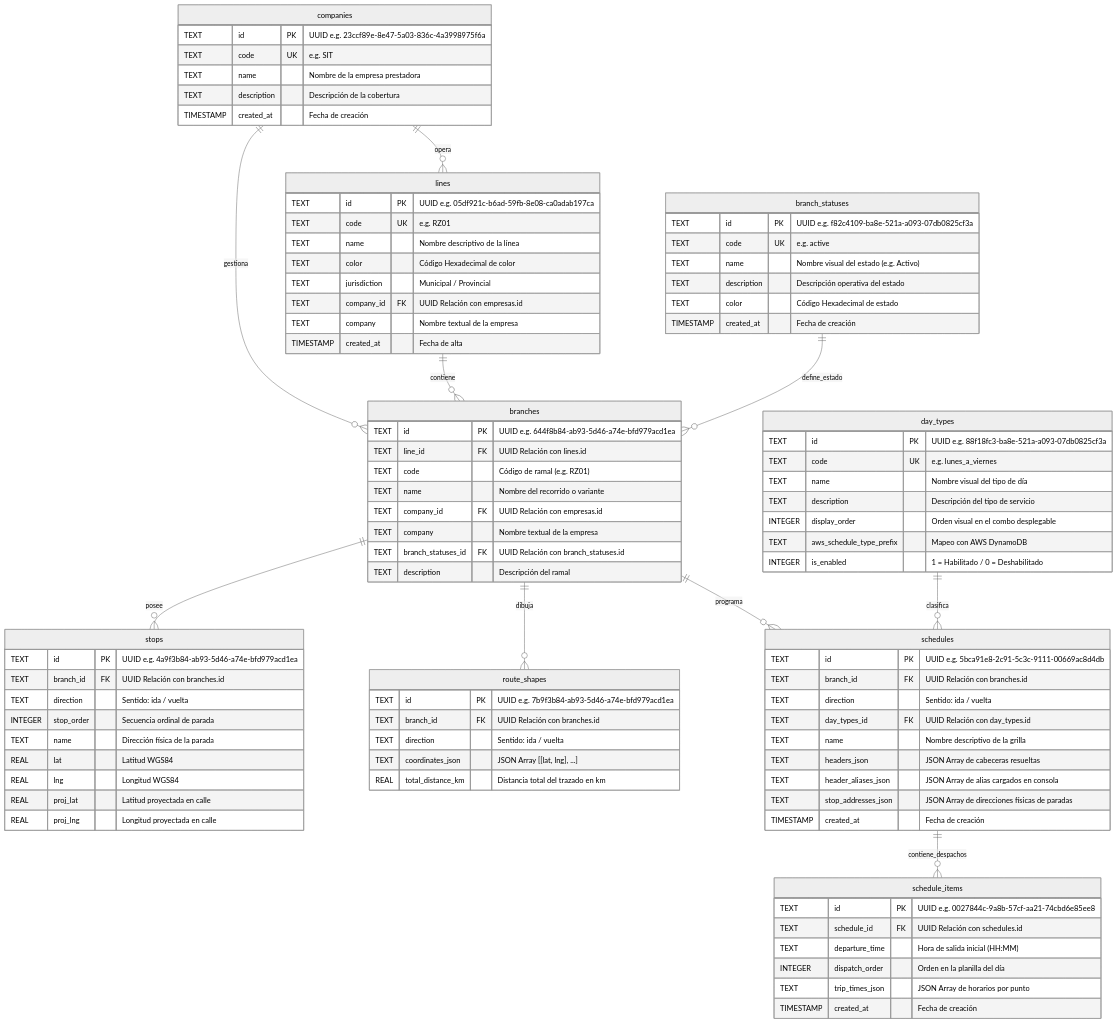
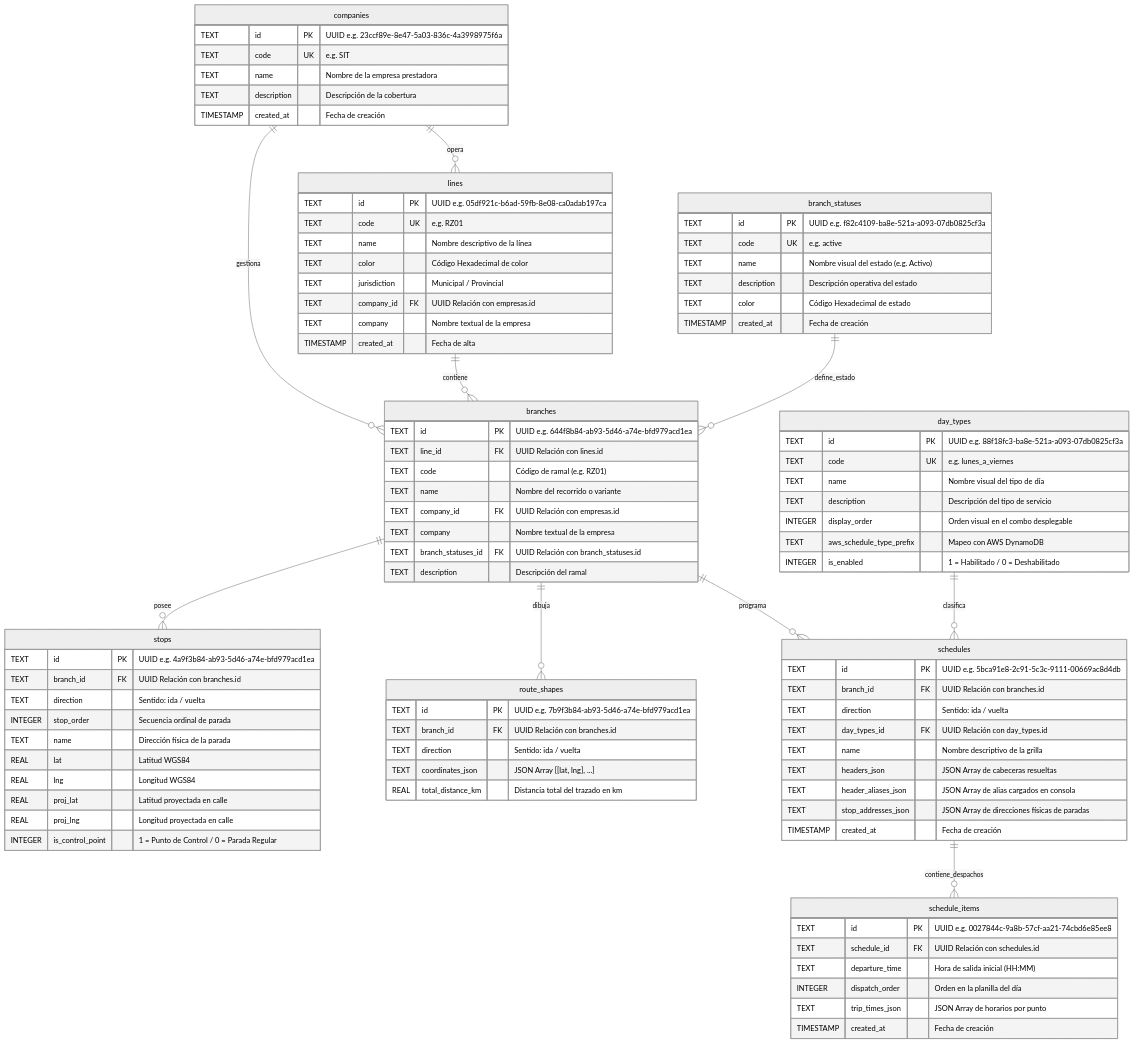
Before and after one commit to CollieHub/collie-mobility-transit-webpage-app-docs: the diagram in database/schema.md, drawn with Mermaid (neutral theme). The commit also changed 1 other file, not shown here.

Commit message:
docs: documentada columna stops.is_control_point y sincronizacion atomica con CRUD de horarios

```diff
--- a/database/schema.md
+++ b/database/schema.md
@@ -67,6 +67,7 @@
         REAL lng "Longitud WGS84"
         REAL proj_lat "Latitud proyectada en calle"
         REAL proj_lng "Longitud proyectada en calle"
+        INTEGER is_control_point "1 = Punto de Control / 0 = Parada Regular"
     }
 
     route_shapes {
```
